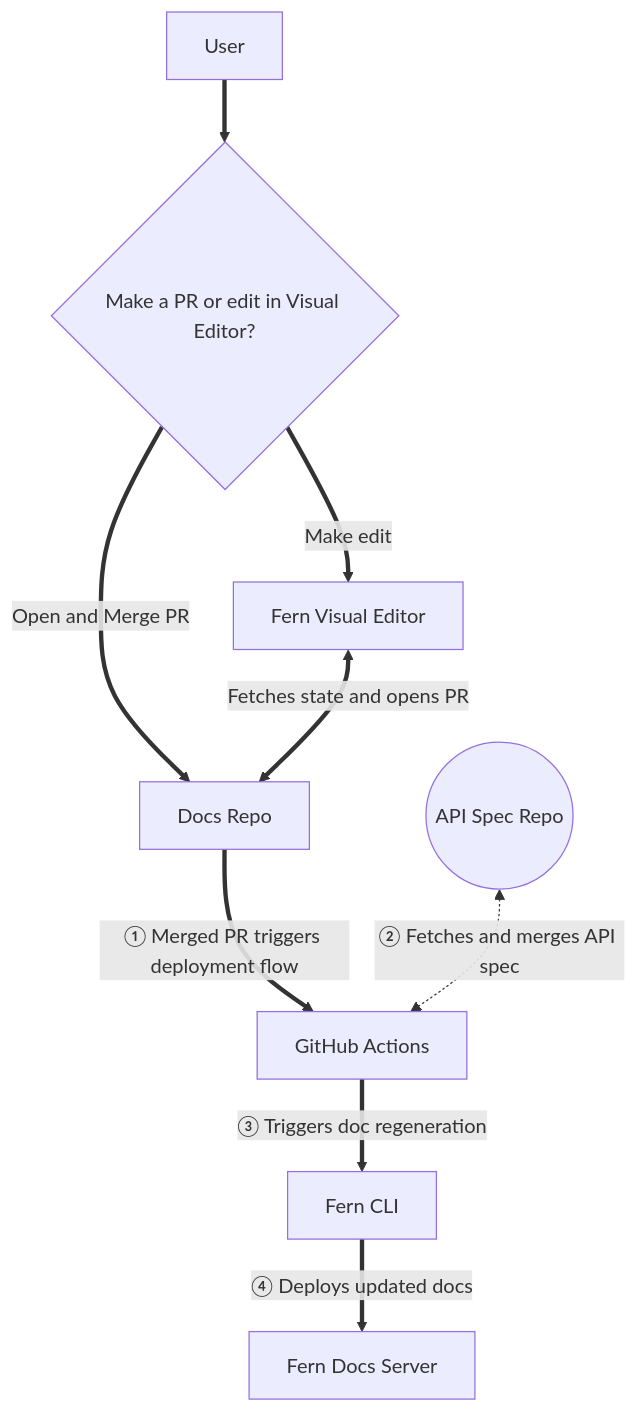
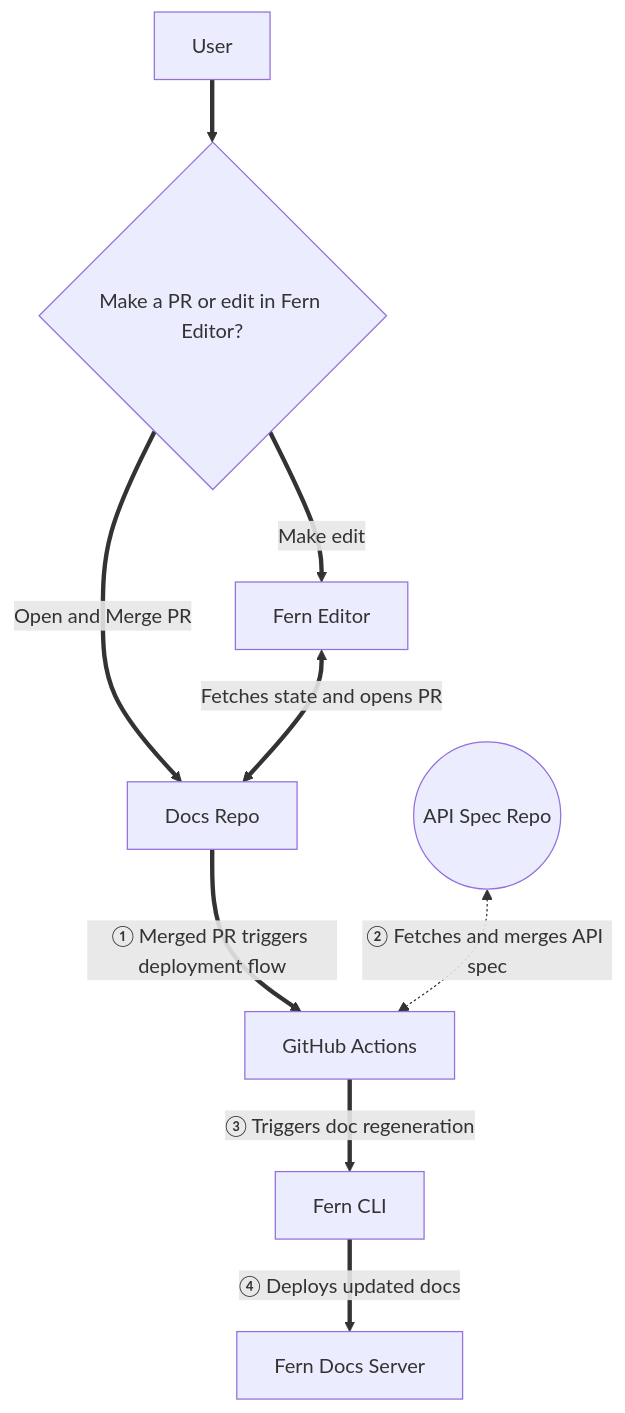
One commit to fern-api/docs changed the second of 2 diagrams in fern/products/docs/pages/getting-started/how-it-works.mdx. Above: the diagram before and after it, drawn with Mermaid. The commit also changed other lines of this file and 8 other files, not shown here.

````diff
--- a/fern/products/docs/pages/getting-started/how-it-works.mdx
+++ b/fern/products/docs/pages/getting-started/how-it-works.mdx
@@ -117,22 +117,22 @@
 ```mermaid
 flowchart TD
-    FVE[Fern Visual Editor]
+    FE[Fern Editor]
     U[User]
     DR[Docs Repo]
     CLI[Fern CLI]
-    Decision{Make a PR or edit in Visual Editor?}
+    Decision{Make a PR or edit in Fern Editor?}
     Spec((API Spec Repo))
     GA[GitHub Actions]
 
     U ==> Decision
-    Decision == Make edit ==> FVE
+    Decision == Make edit ==> FE
     Decision == Open and Merge PR ==> DR
 
-    FVE <== Fetches state and opens PR ==> DR
+    FE <== Fetches state and opens PR ==> DR
     DR == ① Merged PR triggers deployment flow ==> GA
     
     Spec <-. ② Fetches and merges API spec .-> GA
 
     GA == ③ Triggers doc regeneration ==> CLI
     CLI == ④ Deploys updated docs ==> Server[Fern Docs Server]
 ```
````
